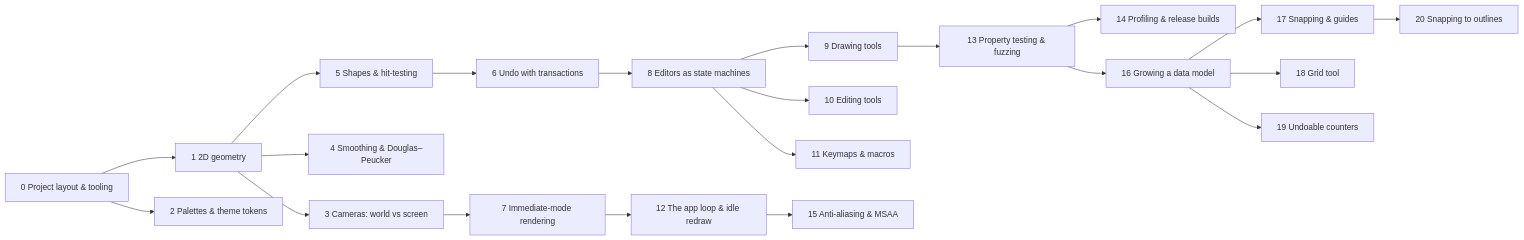
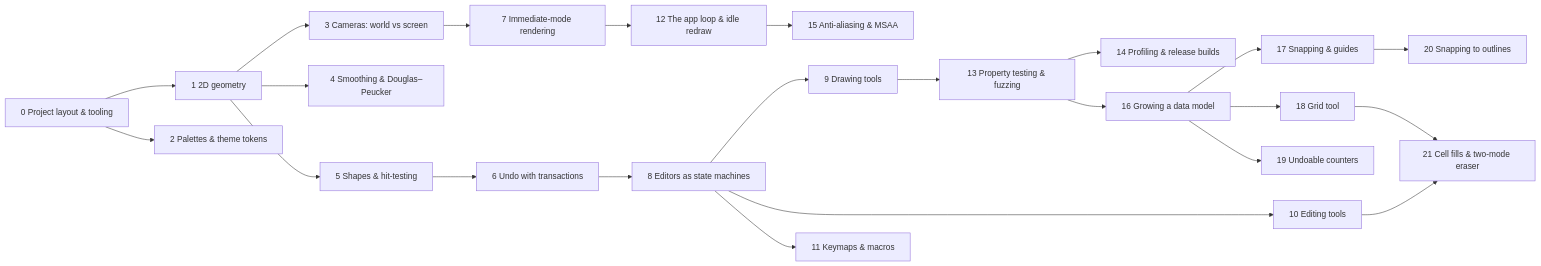
Before and after one commit to UmBender/draw: the diagram in docs/tutorials/Learning Path.md, drawn with Mermaid. The commit also changed other lines of this file and 4 other files, not shown here.

````diff
--- a/docs/tutorials/Learning Path.md
+++ b/docs/tutorials/Learning Path.md
@@ -11,23 +11,25 @@
 ```mermaid
 flowchart LR
   s0[0 Project layout & tooling] --> s1[1 2D geometry]
   s0 --> s2[2 Palettes & theme tokens]
   s1 --> s3[3 Cameras: world vs screen]
   s1 --> s4[4 Smoothing & Douglas–Peucker]
   s1 --> s5[5 Shapes & hit-testing]
   s5 --> s6[6 Undo with transactions]
   s3 --> s7[7 Immediate-mode rendering]
   s6 --> s8[8 Editors as state machines]
   s8 --> s9[9 Drawing tools]
   s8 --> s10[10 Editing tools]
   s8 --> s11[11 Keymaps & macros]
   s7 --> s12[12 The app loop & idle redraw]
   s9 --> s13[13 Property testing & fuzzing]
   s13 --> s14[14 Profiling & release builds]
   s12 --> s15[15 Anti-aliasing & MSAA]
   s13 --> s16[16 Growing a data model]
   s16 --> s17[17 Snapping & guides]
   s16 --> s18[18 Grid tool]
   s16 --> s19[19 Undoable counters]
   s17 --> s20[20 Snapping to outlines]
+  s10 --> s21[21 Cell fills & two-mode eraser]
+  s18 --> s21
 ```
````
